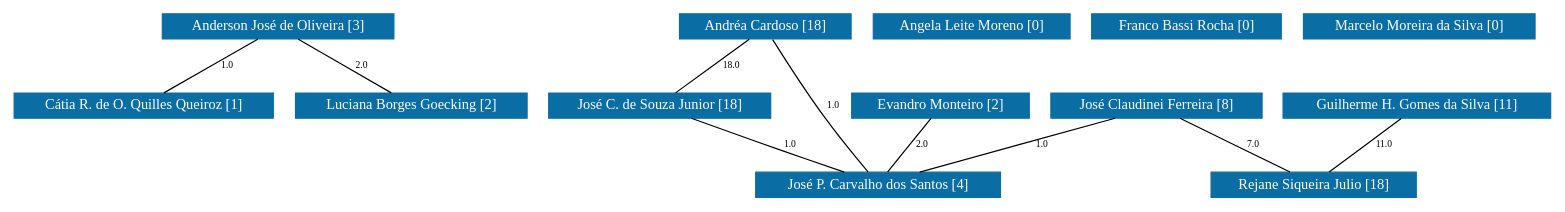
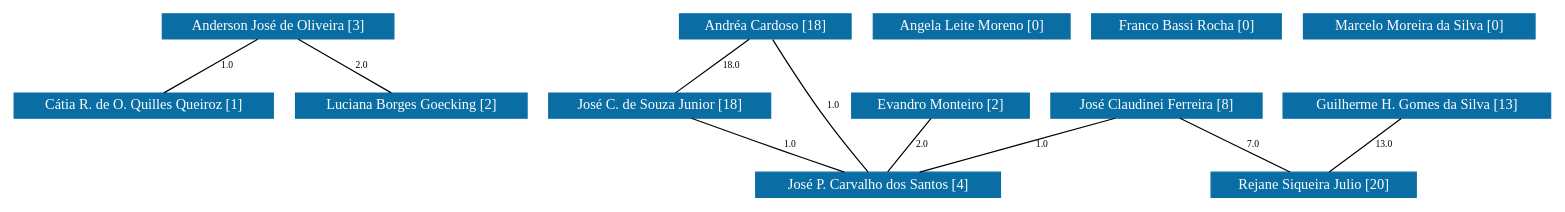
One commit to icamps/unifal-lattes.github.io changed the diagram in dm/grafoDeColaboracoesComPesos.dot. Above: the diagram before and after it, drawn with Graphviz. The commit also changed 846 other files, not shown here.

```diff
--- a/dm/grafoDeColaboracoesComPesos.dot
+++ b/dm/grafoDeColaboracoesComPesos.dot
@@ -1,138 +1,138 @@
 strict graph grafo2 {
 	graph [bb="0,0,1072,153",
 		id=grafo2,
 		overlap=False
 	];
 	node [fontsize=12,
 		label="\N",
 		shape=rectangle,
 		style=filled
 	];
 	0	 [URL="membro-1349156075777095.html",
 		color="#0A6EA4",
 		fontcolor="#FFFFFF",
 		height=0.29167,
 		label="Anderson José de Oliveira [3]",
 		pos="183.5,142.5",
 		width=2.1944];
 	3	 [URL="membro-0061488493893247.html",
 		color="#0A6EA4",
 		fontcolor="#FFFFFF",
 		height=0.29167,
 		label="Cátia R. de O. Quilles Queiroz [1]",
 		pos="89.5,76.5",
 		width=2.4861];
 	0 -- 3	 [fontsize=8,
 		label=1.0,
 		lp="147.5,109.5",
 		pos="168.4,131.9 150.86,119.58 122.09,99.383 104.57,87.078"];
 	10	 [URL="membro-4139948635593421.html",
 		color="#0A6EA4",
 		fontcolor="#FFFFFF",
 		height=0.29167,
 		label="Luciana Borges Goecking [2]",
 		pos="276.5,76.5",
 		width=2.1944];
 	0 -- 10	 [fontsize=8,
 		label=2.0,
 		lp="241.5,109.5",
 		pos="198.44,131.9 215.8,119.58 244.26,99.383 261.6,87.078"];
 	1	 [URL="membro-6016565950437007.html",
 		color="#0A6EA4",
 		fontcolor="#FFFFFF",
 		height=0.29167,
 		label="Andréa Cardoso [18]",
 		pos="526.5,142.5",
 		width=1.625];
 	7	 [URL="membro-1690570104837528.html",
 		color="#0A6EA4",
 		fontcolor="#FFFFFF",
 		height=0.29167,
 		label="José C. de Souza Junior [18]",
 		pos="449.5,76.5",
 		width=2.1111];
 	1 -- 7	 [fontsize=8,
 		label=18.0,
 		lp="500.5,109.5",
 		pos="514.13,131.9 499.76,119.58 476.2,99.383 461.84,87.078"];
 	9	 [URL="membro-9393213180145144.html",
 		color="#0A6EA4",
 		fontcolor="#FFFFFF",
 		height=0.29167,
 		label="José P. Carvalho dos Santos [4]",
 		pos="605.5,10.5",
 		width=2.3056];
 	1 -- 9	 [fontsize=8,
 		label=1.0,
 		lp="575.5,76.5",
 		pos="532.63,131.52 541,116.59 556.58,89.097 570.5,66 580.02,50.194 591.51,32.167 598.66,21.06"];
 	7 -- 9	 [fontsize=8,
 		label=1.0,
 		lp="542.5,43.5",
 		pos="474.14,65.954 491.77,58.418 516.08,48.051 537.5,39 551.65,33.02 567.47,26.384 580.3,21.021"];
 	2	 [URL="membro-5106302431642025.html",
 		color="#0A6EA4",
 		fontcolor="#FFFFFF",
 		height=0.29167,
 		label="Angela Leite Moreno [0]",
 		pos="670.5,142.5",
 		width=1.875];
 	4	 [URL="membro-3089568911577519.html",
 		color="#0A6EA4",
 		fontcolor="#FFFFFF",
 		height=0.29167,
 		label="Evandro Monteiro [2]",
 		pos="649.5,76.5",
 		width=1.6667];
 	4 -- 9	 [fontsize=8,
 		label=2.0,
 		lp="635.5,43.5",
 		pos="642.43,65.896 634.27,53.653 620.91,33.622 612.7,21.297"];
 	5	 [URL="membro-0165435409542220.html",
 		color="#0A6EA4",
 		fontcolor="#FFFFFF",
 		height=0.29167,
 		label="Franco Bassi Rocha [0]",
 		pos="820.5,142.5",
 		width=1.7778];
 	6	 [URL="membro-5817829882396943.html",
 		color="#0A6EA4",
 		fontcolor="#FFFFFF",
 		height=0.29167,
-		label="Guilherme H. Gomes da Silva [11]",
+		label="Guilherme H. Gomes da Silva [13]",
 		pos="980.5,76.5",
 		width=2.5417];
 	12	 [URL="membro-1798884495942862.html",
 		color="#0A6EA4",
 		fontcolor="#FFFFFF",
 		height=0.29167,
-		label="Rejane Siqueira Julio [18]",
+		label="Rejane Siqueira Julio [20]",
 		pos="908.5,10.5",
 		width=1.9306];
 	6 -- 12	 [fontsize=8,
-		label=11.0,
-		lp="956,43.5",
+		label=13.0,
+		lp="956.5,43.5",
 		pos="968.93,65.896 955.58,53.653 933.72,33.622 920.28,21.297"];
 	8	 [URL="membro-6808752952332925.html",
 		color="#0A6EA4",
 		fontcolor="#FFFFFF",
 		height=0.29167,
 		label="José Claudinei Ferreira [8]",
 		pos="799.5,76.5",
 		width=1.9861];
 	8 -- 9	 [fontsize=8,
 		label=1.0,
 		lp="719.5,43.5",
 		pos="768.33,65.896 732.13,53.58 672.76,33.383 636.59,21.078"];
 	8 -- 12	 [fontsize=8,
 		label=7.0,
 		lp="866.5,43.5",
 		pos="817.01,65.896 837.35,53.58 870.71,33.383 891.03,21.078"];
 	11	 [URL="membro-6715092420026095.html",
 		color="#0A6EA4",
 		fontcolor="#FFFFFF",
 		height=0.29167,
 		label="Marcelo Moreira da Silva [0]",
 		pos="979.5,142.5",
 		width=2.1389];
 }
```
